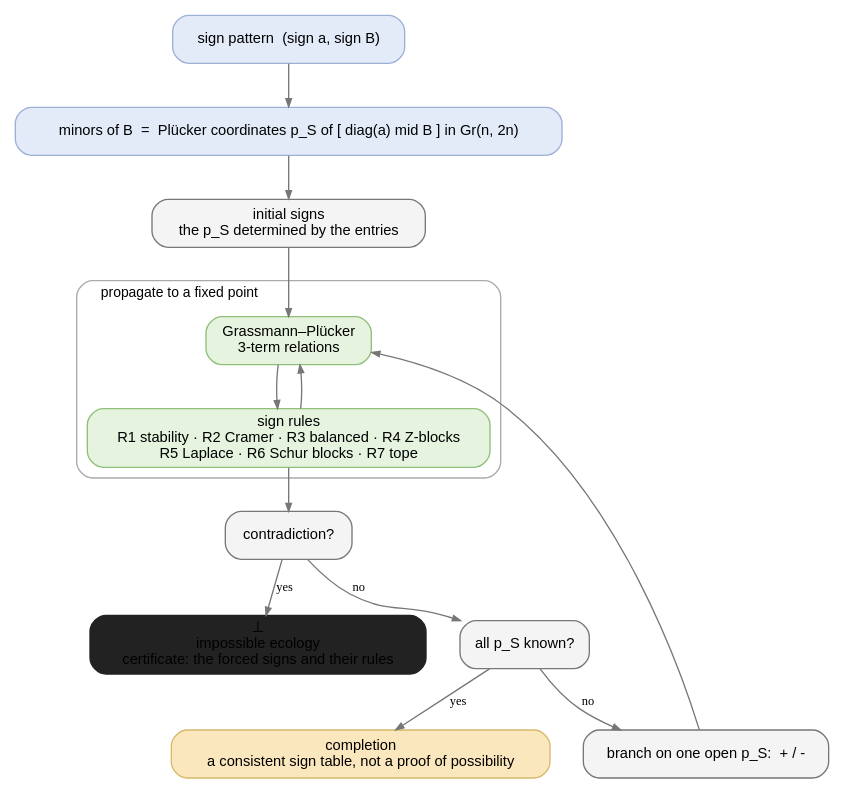
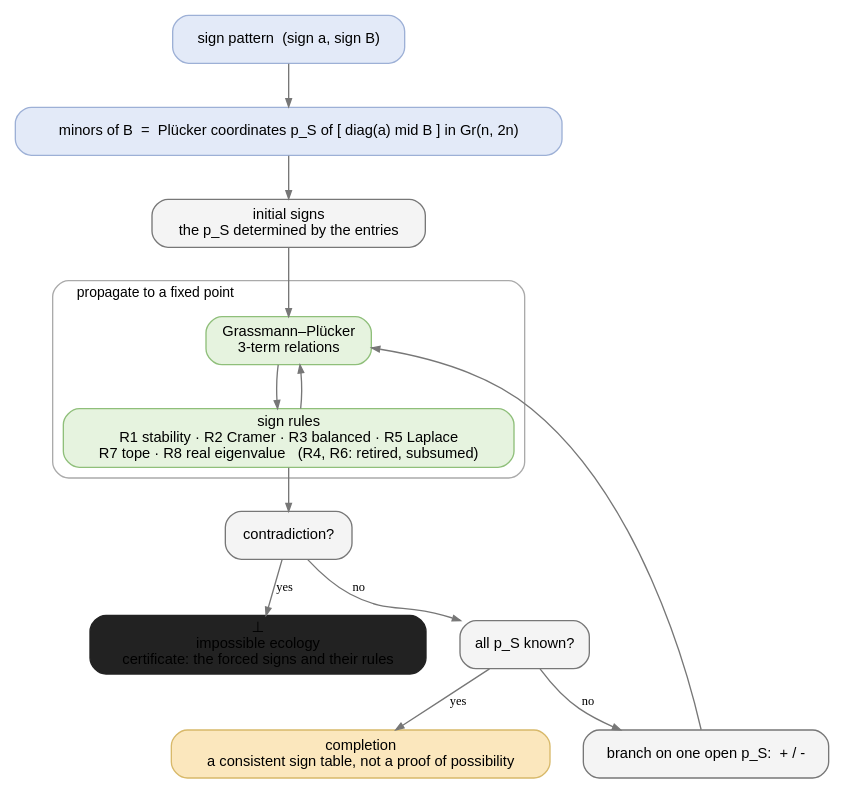
One commit to gescholt/signrules changed the diagram in docs/figures/algorithm.dot. Above: the diagram before and after it, drawn with Graphviz. The commit also changed 14 other files, not shown here.

```diff
--- a/docs/figures/algorithm.dot
+++ b/docs/figures/algorithm.dot
@@ -1,29 +1,29 @@
 digraph G {
   graph [rankdir=TB, nodesep=0.35, ranksep=0.45, fontname="Helvetica", fontsize=11, dpi=72, compound=true];
   node [fontname="Helvetica", fontsize=11, style="rounded,filled"];
   edge [arrowsize=0.6];
   subgraph "cluster_fix" {
     style="rounded"; color="#aaaaaa"; margin=8.0; label="propagate to a fixed point"; fontsize=10.45; labeljust=l;
     "gp" [label="Grassmann–Plücker\n3-term relations", shape=box, fillcolor="#e6f3df", color="#8fbf7a"];
-    "rules" [label="sign rules\nR1 stability · R2 Cramer · R3 balanced · R4 Z-blocks\nR5 Laplace · R6 Schur blocks · R7 tope", shape=box, fillcolor="#e6f3df", color="#8fbf7a"];
+    "rules" [label="sign rules\nR1 stability · R2 Cramer · R3 balanced · R5 Laplace\nR7 tope · R8 real eigenvalue   (R4, R6: retired, subsumed)", shape=box, fillcolor="#e6f3df", color="#8fbf7a"];
   }
   "input" [label="sign pattern  (sign a, sign B)", shape=box, fillcolor="#e3eaf8", color="#9db0d6"];
   "dict" [label="minors of B  =  Plücker coordinates p_S of [ diag(a) \mid B ] \in Gr(n, 2n)", shape=box, fillcolor="#e3eaf8", color="#9db0d6"];
   "init" [label="initial signs\nthe p_S determined by the entries", shape=box, fillcolor="#f4f4f4", color="#777777"];
   "conflict" [label="contradiction?", shape=box, fillcolor="#f4f4f4", color="#777777"];
   "bottom" [label="⊥\nimpossible ecology\ncertificate: the forced signs and their rules", shape=box, fillcolor="#222222", color="#222222"];
   "done" [label="all p_S known?", shape=box, fillcolor="#f4f4f4", color="#777777"];
   "completion" [label="completion\na consistent sign table, not a proof of possibility", shape=box, fillcolor="#fbe7bd", color="#d8b96a"];
   "branch" [label="branch on one open p_S:  + / -", shape=box, fillcolor="#f4f4f4", color="#777777"];
   "input" -> "dict" [color="#777777"];
   "dict" -> "init" [color="#777777"];
   "init" -> "gp" [color="#777777"];
   "gp" -> "rules" [color="#777777"];
   "rules" -> "gp" [constraint=false, color="#777777"];
   "rules" -> "conflict" [color="#777777"];
   "conflict" -> "bottom" [label="yes", fontsize=9.35, color="#777777"];
   "conflict" -> "done" [label="no", fontsize=9.35, color="#777777"];
   "done" -> "completion" [label="yes", fontsize=9.35, color="#777777"];
   "done" -> "branch" [label="no", fontsize=9.35, color="#777777"];
   "branch" -> "gp" [constraint=false, color="#777777"];
 }
```
